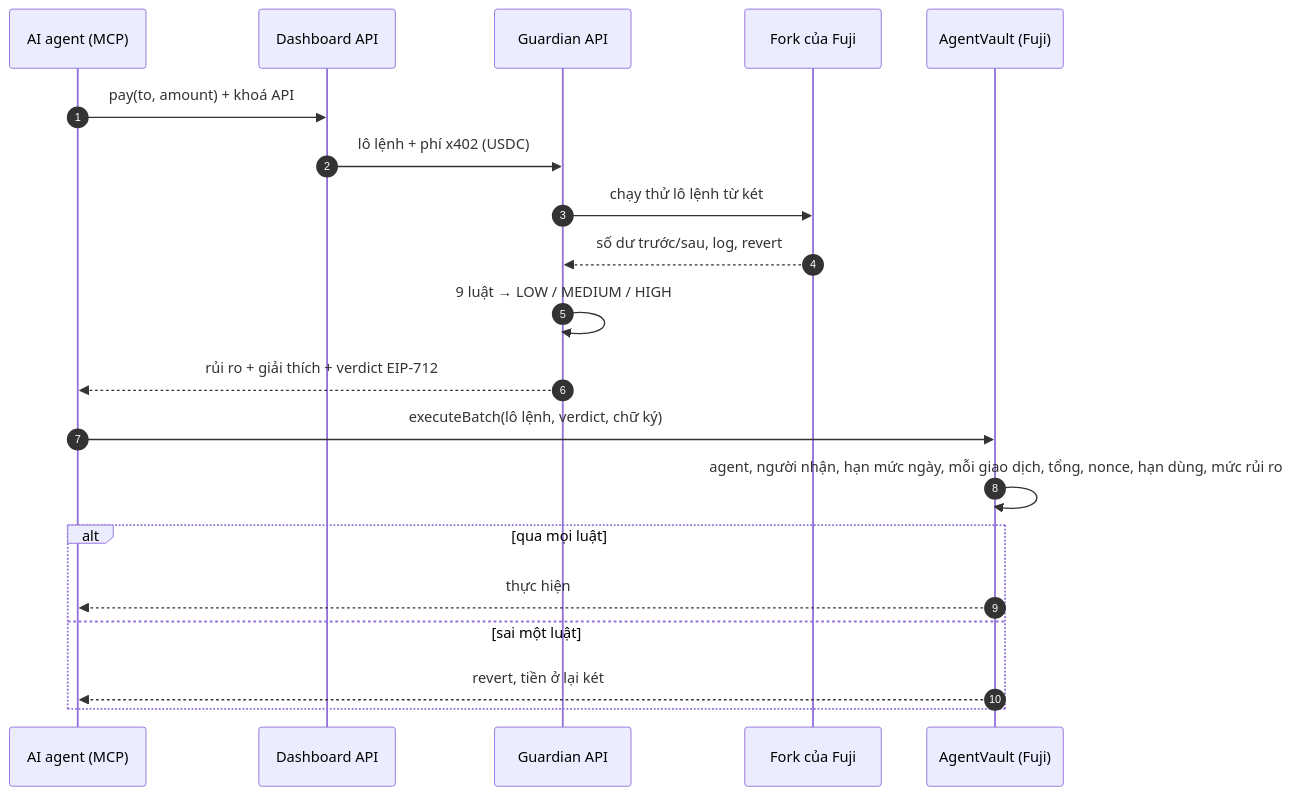
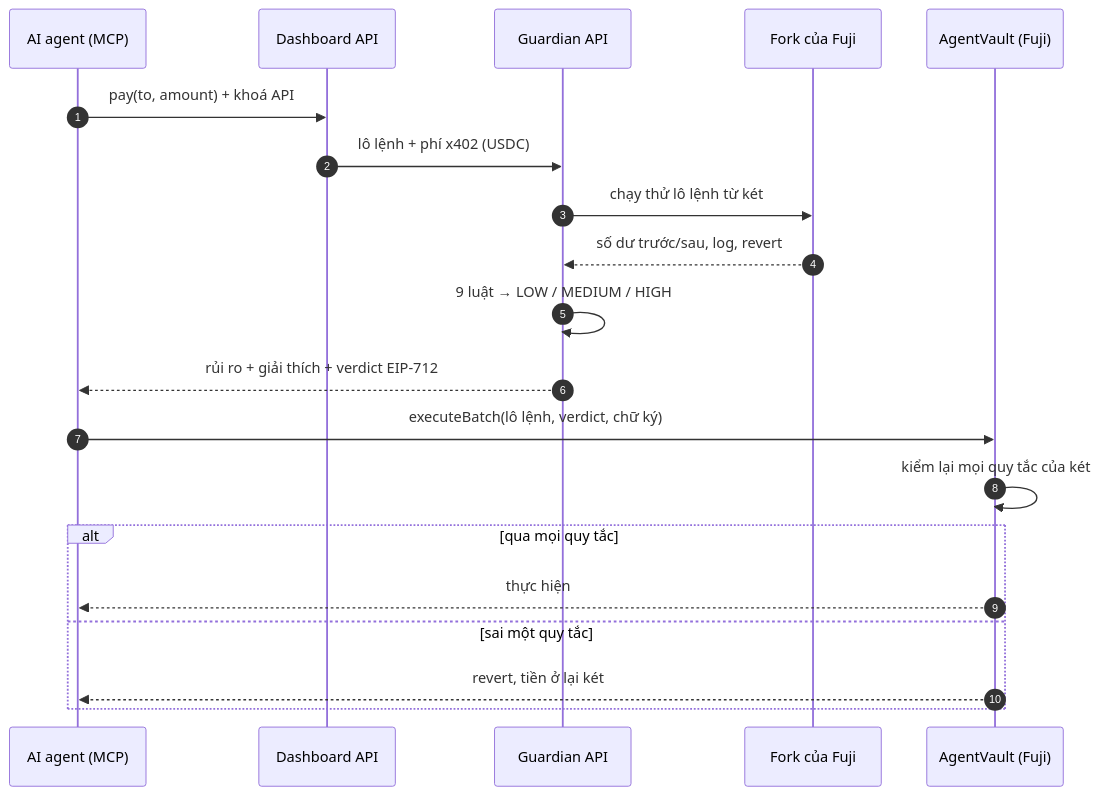
The diagram in README.md (surinatheworld/guardian402), drawn with Mermaid before and after one commit. The commit also changed other lines of this file and 1 other file, not shown here.

````diff
--- a/README.md
+++ b/README.md
@@ -207,22 +71,22 @@
 ```mermaid
 sequenceDiagram
     autonumber
     participant A as AI agent (MCP)
     participant D as Dashboard API
     participant G as Guardian API
     participant F as Fork của Fuji
     participant V as AgentVault (Fuji)
     A->>D: pay(to, amount) + khoá API
     D->>G: lô lệnh + phí x402 (USDC)
     G->>F: chạy thử lô lệnh từ két
     F-->>G: số dư trước/sau, log, revert
     G->>G: 9 luật → LOW / MEDIUM / HIGH
     G-->>A: rủi ro + giải thích + verdict EIP-712
     A->>V: executeBatch(lô lệnh, verdict, chữ ký)
-    V->>V: agent, người nhận, hạn mức ngày, mỗi giao dịch, tổng, nonce, hạn dùng, mức rủi ro
-    alt qua mọi luật
+    V->>V: kiểm lại mọi quy tắc của két
+    alt qua mọi quy tắc
         V-->>A: thực hiện
-    else sai một luật
+    else sai một quy tắc
         V-->>A: revert, tiền ở lại két
     end
 ```
````
